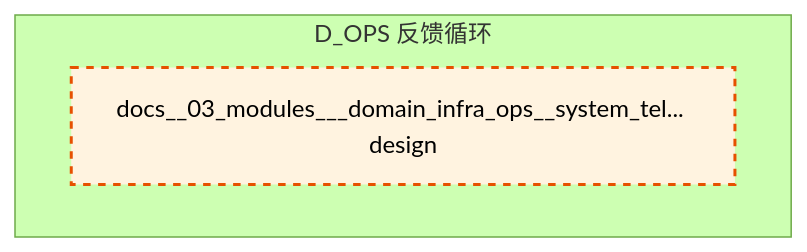
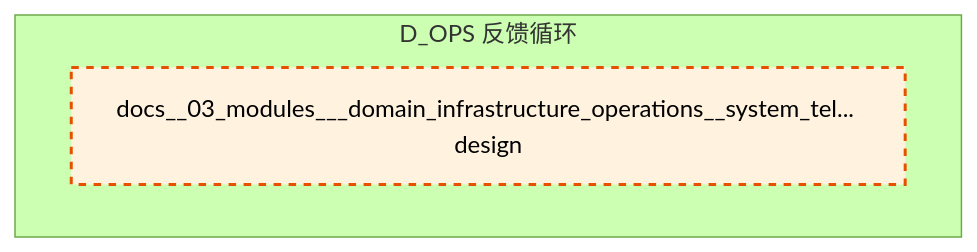
One commit to xuanFelixVan/ZephyrAlpha changed the diagram in docs/02_enterprise_architecture/02_domain_architecture_docs/16_d_ops.md. Above: the diagram before and after it, drawn with Mermaid (forest theme). The commit also changed other lines of this file and 305 other files, not shown here.

````diff
--- a/docs/02_enterprise_architecture/02_domain_architecture_docs/16_d_ops.md
+++ b/docs/02_enterprise_architecture/02_domain_architecture_docs/16_d_ops.md
@@ -47,11 +47,11 @@
 ```mermaid
 graph TD
     subgraph D_OPS["D_OPS 反馈循环"]
-        docs_03_modules_domain_infra_ops_system_telemetry_blueprint_md["docs__03_modules___domain_infra_ops__system_tel... design"]
+        docs_03_modules_domain_infrastructure_operations_system_telemetry_blueprint_md["docs__03_modules___domain_infrastructure_operations__system_tel... design"]
     end
     classDef production fill:#e1f5fe,stroke:#01579b,stroke-width:2px,color:#000
     classDef design fill:#fff3e0,stroke:#e65100,stroke-width:2px,color:#000,stroke-dasharray: 5 5
     classDef external_prod fill:#e8f5e9,stroke:#1b5e20,stroke-width:1px,color:#000
     classDef external_design fill:#fce4ec,stroke:#880e4f,stroke-width:1px,color:#000,stroke-dasharray: 5 5
-    class docs_03_modules_domain_infra_ops_system_telemetry_blueprint_md design
+    class docs_03_modules_domain_infrastructure_operations_system_telemetry_blueprint_md design
 ```
````
